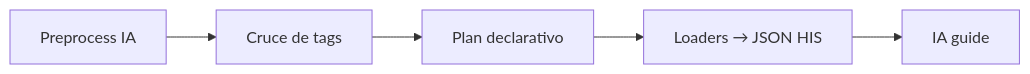
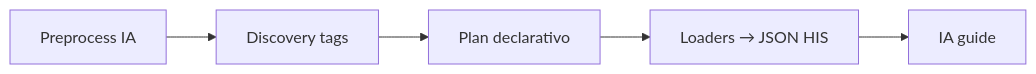
The second of 3 diagrams in web/docs/producto/asistente-y-chat.md (luischanferoni/bioenlace), drawn with Mermaid before and after one commit. The commit also changed other lines of this file and 45 other files, not shown here.

````diff
--- a/web/docs/producto/asistente-y-chat.md
+++ b/web/docs/producto/asistente-y-chat.md
@@ -57,9 +56,9 @@
 ```mermaid
 flowchart LR
   P[Preprocess IA]
-  M[Cruce de tags]
+  D[Discovery tags]
   PL[Plan declarativo]
   L[Loaders → JSON HIS]
   G[IA guide]
-  P --> M --> PL --> L --> G
+  P --> D --> PL --> L --> G
 ```
````
